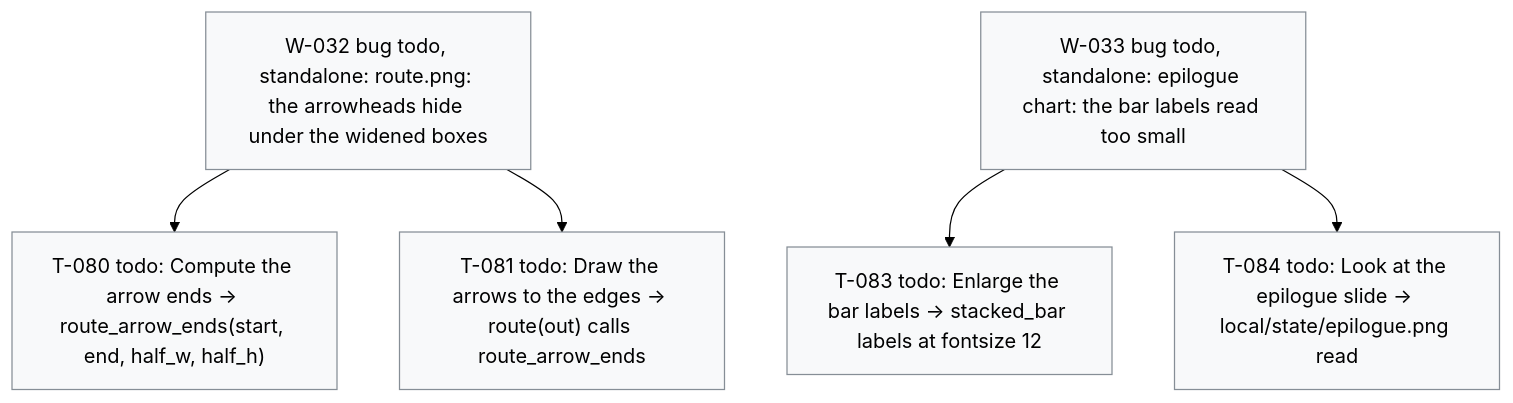
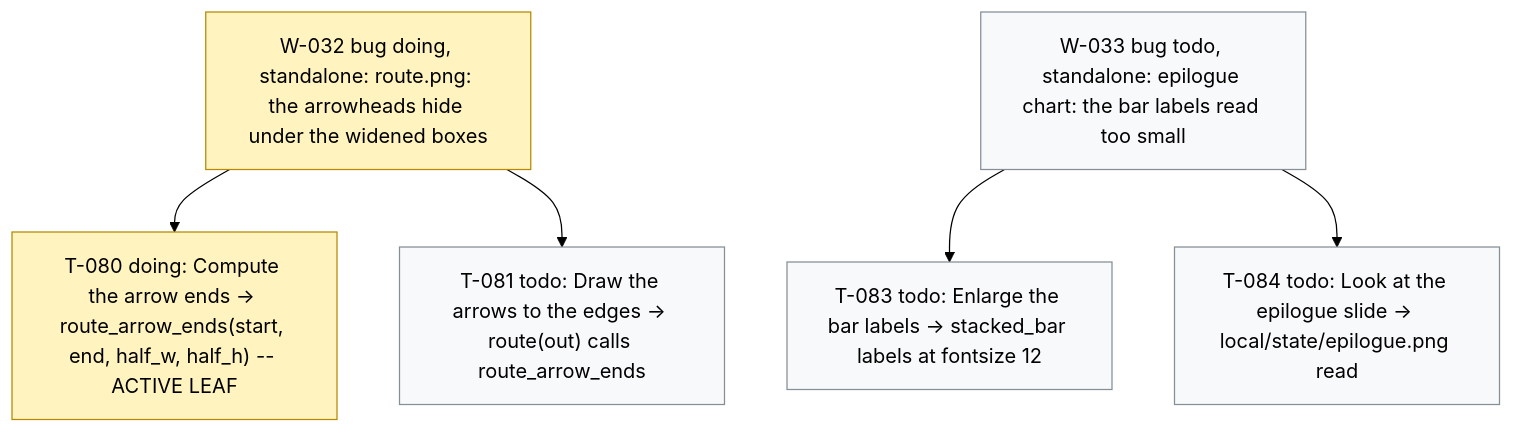
The diagram in .board/BOARD.md (dpopchev/chaos-to-simple), drawn with Mermaid (forest theme) before and after one commit. The commit also changed other lines of this file and 2 other files, not shown here.

Commit message:
chore(board): activate W-032, start T-080
Refs: W-032 T-080

````diff
--- a/.board/BOARD.md
+++ b/.board/BOARD.md
@@ -214,15 +214,16 @@
 ```mermaid
 flowchart TD
-  W032["W-032 bug todo, standalone: route.png: the arrowheads hide under the widened boxes"]
-  W032 --> T080["T-080 todo: Compute the arrow ends -> route_arrow_ends(start, end, half_w, half_h)"]
+  W032["W-032 bug doing, standalone: route.png: the arrowheads hide under the widened boxes"]
+  W032 --> T080["T-080 doing: Compute the arrow ends -> route_arrow_ends(start, end, half_w, half_h) -- ACTIVE LEAF"]
   W032 --> T081["T-081 todo: Draw the arrows to the edges -> route(out) calls route_arrow_ends"]
   W033["W-033 bug todo, standalone: epilogue chart: the bar labels read too small"]
   W033 --> T083["T-083 todo: Enlarge the bar labels -> stacked_bar labels at fontsize 12"]
   W033 --> T084["T-084 todo: Look at the epilogue slide -> local/state/epilogue.png read"]
   classDef doing fill:#fff3bf,stroke:#b58900,color:#000;
   classDef blocked fill:#ffe3e3,stroke:#c92a2a,color:#000;
   classDef done fill:#e6ffed,stroke:#2b8a3e,color:#000;
   classDef todo fill:#f8f9fa,stroke:#868e96,color:#000;
   classDef pruned fill:#f1f3f5,stroke:#adb5bd,color:#000;
-  class W032,T080,T081,W033,T083,T084 todo
+  class W032,T080 doing
+  class T081,W033,T083,T084 todo
 ```
````
